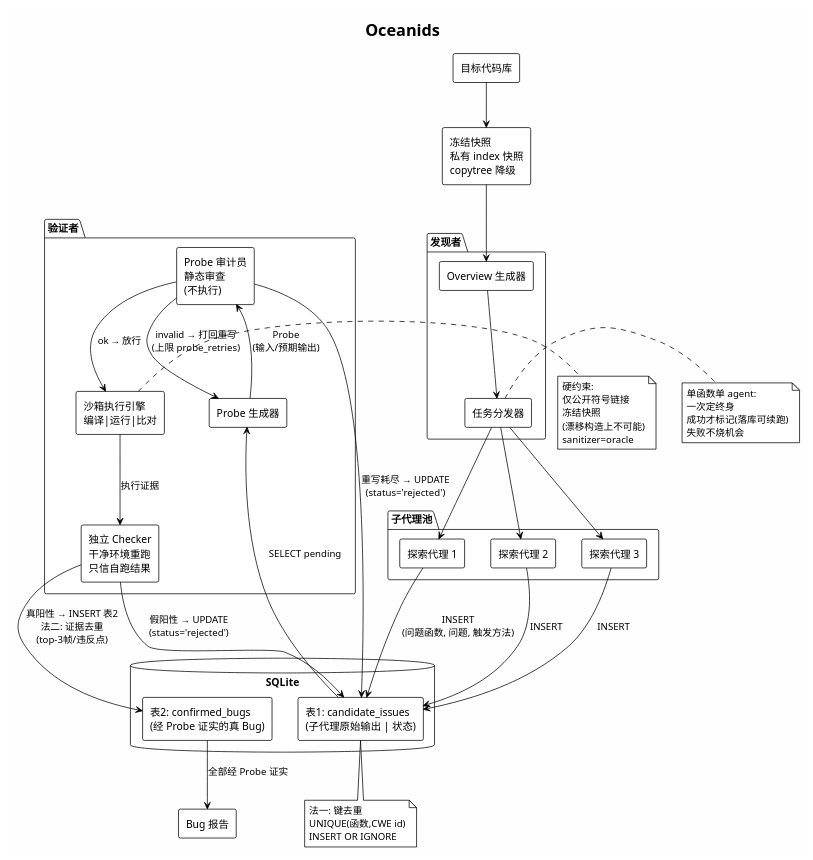
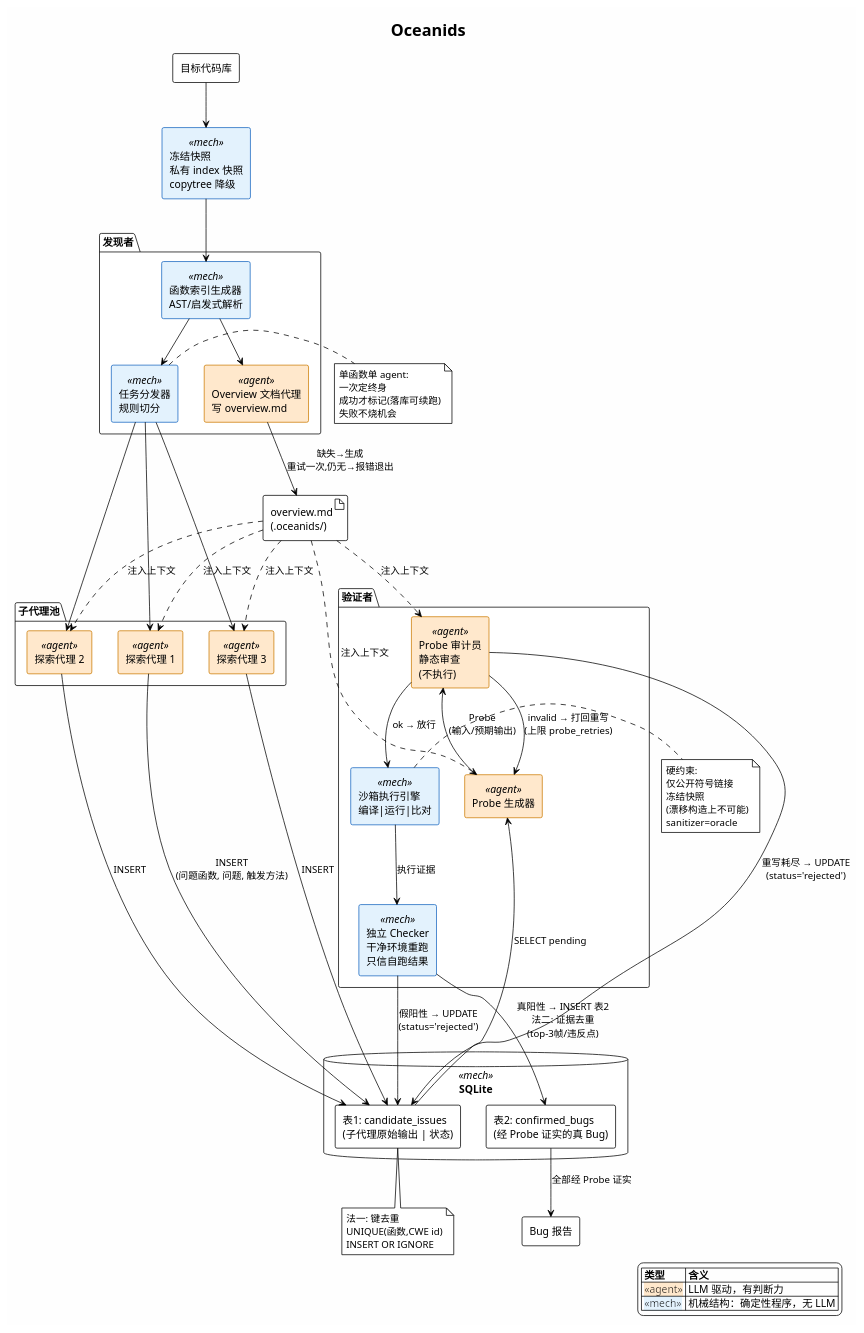
The diagram in docs/arch.puml (404MaximWang/Oceanids), drawn with PlantUML before and after one commit. The commit also changed 11 other files, not shown here.

First line of the commit message:
feat(pipeline): agent-written overview.md injected into all agent contexts

```diff
--- a/docs/arch.puml
+++ b/docs/arch.puml
@@ -1,85 +1,111 @@
 @startuml
 !theme plain
 skinparam backgroundColor #FEFEFE
 skinparam componentStyle rectangle
 
+' 组件类型配色：Agent(LLM 驱动) vs 机械结构(确定性程序)
+skinparam component {
+    BackgroundColor<<agent>> #FFE8CC
+    BorderColor<<agent>> #CC7A00
+    BackgroundColor<<mech>> #E3F2FD
+    BorderColor<<mech>> #1565C0
+}
+
 title Oceanids
 
-database "SQLite" as DB {
+legend right
+  |= 类型 |= 含义 |
+  | <back:#FFE8CC>«agent»</back> | LLM 驱动，有判断力 |
+  | <back:#E3F2FD>«mech»</back> | 机械结构：确定性程序，无 LLM |
+endlegend
+
+database "SQLite" as DB <<mech>> {
     rectangle "表1: candidate_issues\n(子代理原始输出 | 状态)" as T1
     rectangle "表2: confirmed_bugs\n(经 Probe 证实的真 Bug)" as T2
 }
 
 package "发现者" {
-    [Overview 生成器] as Overview
-    [任务分发器] as Dispatch
+    [函数索引生成器\nAST/启发式解析] as FuncIndex <<mech>>
+    [任务分发器\n规则切分] as Dispatch <<mech>>
+    [Overview 文档代理\n写 overview.md] as OvGen <<agent>>
 }
 
+artifact "overview.md\n(.oceanids/)" as OvMd
+
 package "子代理池" {
-    [探索代理 1] as SA1
-    [探索代理 2] as SA2
-    [探索代理 3] as SA3
+    [探索代理 1] as SA1 <<agent>>
+    [探索代理 2] as SA2 <<agent>>
+    [探索代理 3] as SA3 <<agent>>
 }
 
 package "验证者" {
-    [Probe 生成器] as ProbeGen
-    [Probe 审计员\n静态审查\n(不执行)] as Audit
-    [沙箱执行引擎\n编译|运行|比对] as Sandbox
-    [独立 Checker\n干净环境重跑\n只信自跑结果] as Checker
+    [Probe 生成器] as ProbeGen <<agent>>
+    [Probe 审计员\n静态审查\n(不执行)] as Audit <<agent>>
+    [沙箱执行引擎\n编译|运行|比对] as Sandbox <<mech>>
+    [独立 Checker\n干净环境重跑\n只信自跑结果] as Checker <<mech>>
 }
 
 ' Phase 0: 冻结快照（私有 index / copytree 降级）
-[冻结快照\n私有 index 快照\ncopytree 降级] as Freeze
+[冻结快照\n私有 index 快照\ncopytree 降级] as Freeze <<mech>>
 [目标代码库] --> Freeze
-Freeze --> Overview
-Overview --> Dispatch
+Freeze --> FuncIndex
+FuncIndex --> Dispatch
+FuncIndex --> OvGen
+OvGen --> OvMd : 缺失→生成\n重试一次,仍无→报错退出
 Dispatch --> SA1
 Dispatch --> SA2
 Dispatch --> SA3
+
+' overview.md 注入后续所有 agent 的上下文
+OvMd ..> SA1 : 注入上下文
+OvMd ..> SA2 : 注入上下文
+OvMd ..> SA3 : 注入上下文
+OvMd ..> ProbeGen : 注入上下文
+OvMd ..> Audit : 注入上下文
 
 note right of Dispatch
   单函数单 agent:
   一次定终身
   成功才标记(落库可续跑)
   失败不烧机会
 end note
 
 SA1 --> T1 : INSERT\n(问题函数, 问题, 触发方法)
 SA2 --> T1 : INSERT
 SA3 --> T1 : INSERT
 
 ' 法一: 写入时键去重
 note bottom of T1
   法一: 键去重
   UNIQUE(函数,CWE id)
   INSERT OR IGNORE
 end note
 
 ' Phase 3: 验证者直接订阅表1
 T1 --> ProbeGen : SELECT pending
 ProbeGen --> Audit : Probe\n(输入/预期输出)
 
 ' Phase 3.4: 审计门（打回重写，耗尽则拒）
 Audit --> ProbeGen : invalid → 打回重写\n(上限 probe_retries)
 Audit --> T1 : 重写耗尽 → UPDATE\n(status='rejected')
 Audit --> Sandbox : ok → 放行
 
 ' 硬约束（机械保证，非 prompt）
 note right of Sandbox
   硬约束:
   仅公开符号链接
   冻结快照
   (漂移构造上不可能)
   sanitizer=oracle
 end note
 
 ' Phase 3.5: 生成/执行/判定三权分离
 Sandbox --> Checker : 执行证据
 
 ' Phase 4: 验证结果分流
 Checker --> T2 : 真阳性 → INSERT 表2\n法二: 证据去重\n(top-3帧/违反点)
 Checker --> T1 : 假阳性 → UPDATE\n(status='rejected')
 
 T2 --> [Bug 报告] : 全部经 Probe 证实
 
 @enduml
```
